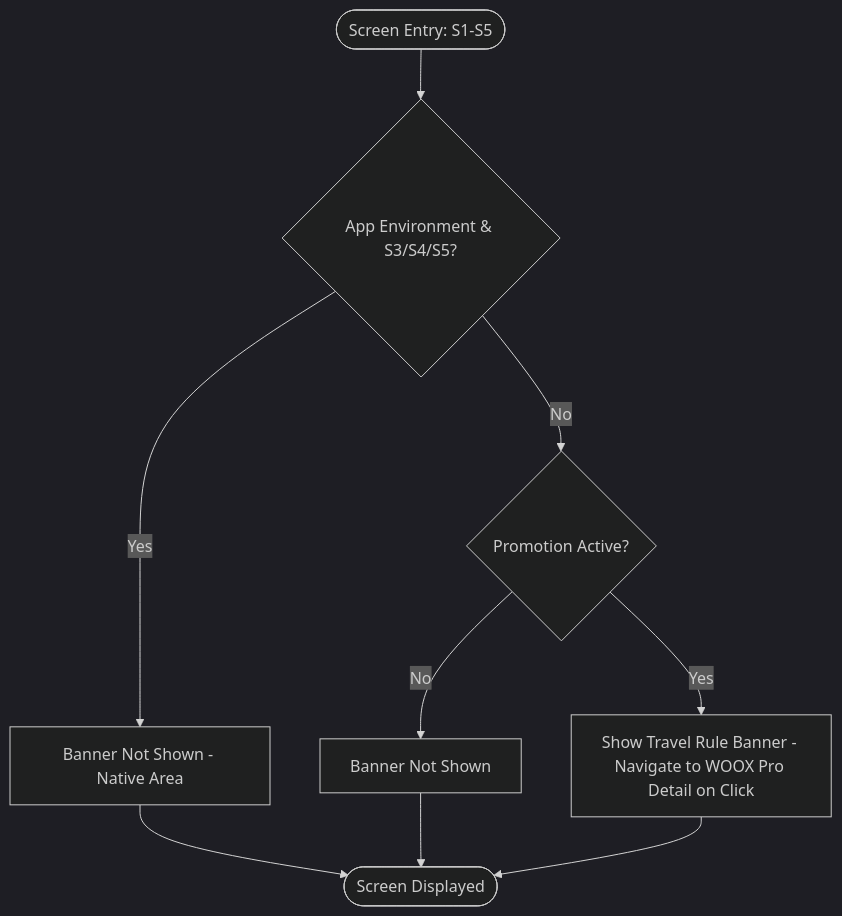
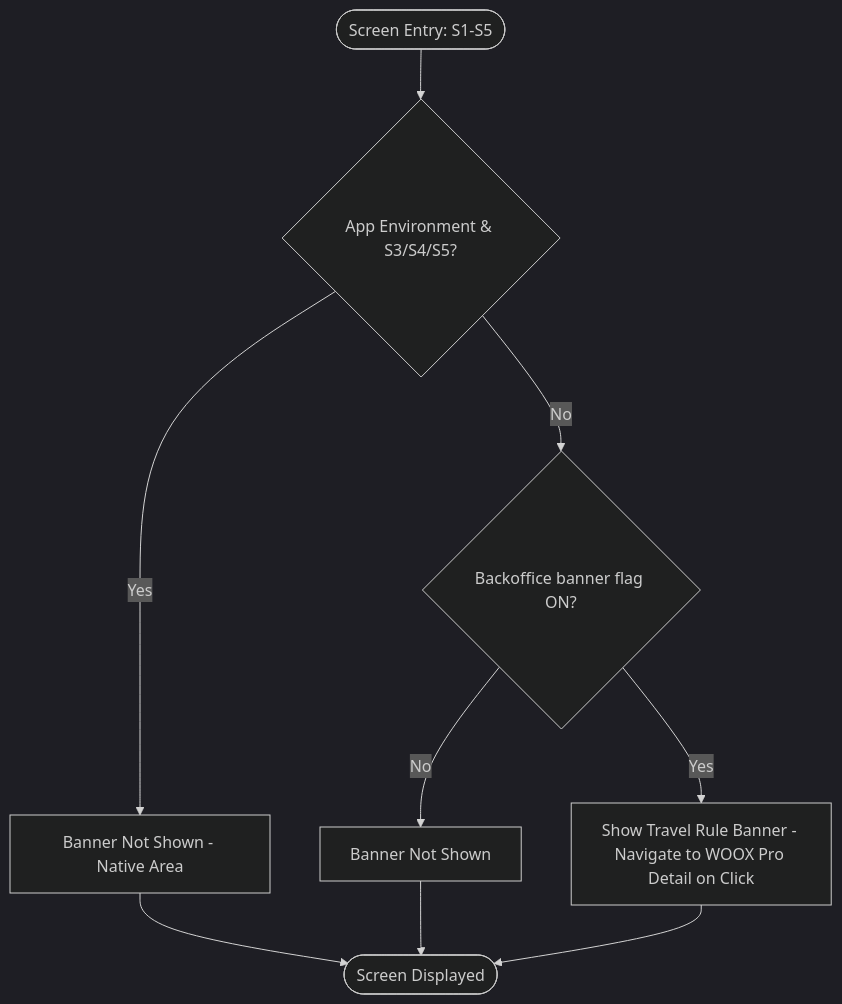
Before and after one commit to matthewforwork1213-collab/WOOX_Pro_sub_event: the fourth of 4 diagrams in 02.기획문서/정보구조도_EN.md, drawn with Mermaid (dark theme). The commit also changed other lines of this file and 2 other files, not shown here.

First line of the commit message:
docs+tool: 다이어그램 렌더러(Mermaid→SVG) 추가 + 정보구조도 게이트 노드 신정책 정렬

````diff
--- a/02.기획문서/정보구조도_EN.md
+++ b/02.기획문서/정보구조도_EN.md
@@ -100,12 +100,12 @@
 ```mermaid
 flowchart TD
     Start([Screen Entry: S1-S5]) --> CheckApp{App Environment &amp; S3/S4/S5?}
     CheckApp -->|Yes| NoBanner[Banner Not Shown - Native Area]
-    CheckApp -->|No| CheckPromo{Promotion Active?}
+    CheckApp -->|No| CheckPromo{Backoffice banner flag ON?}
     CheckPromo -->|No| NoBanner2[Banner Not Shown]
     CheckPromo -->|Yes| ShowBanner[Show Travel Rule Banner - Navigate to WOOX Pro Detail on Click]
 
     NoBanner --> End([Screen Displayed])
     NoBanner2 --> End
     ShowBanner --> End
 ```
````
